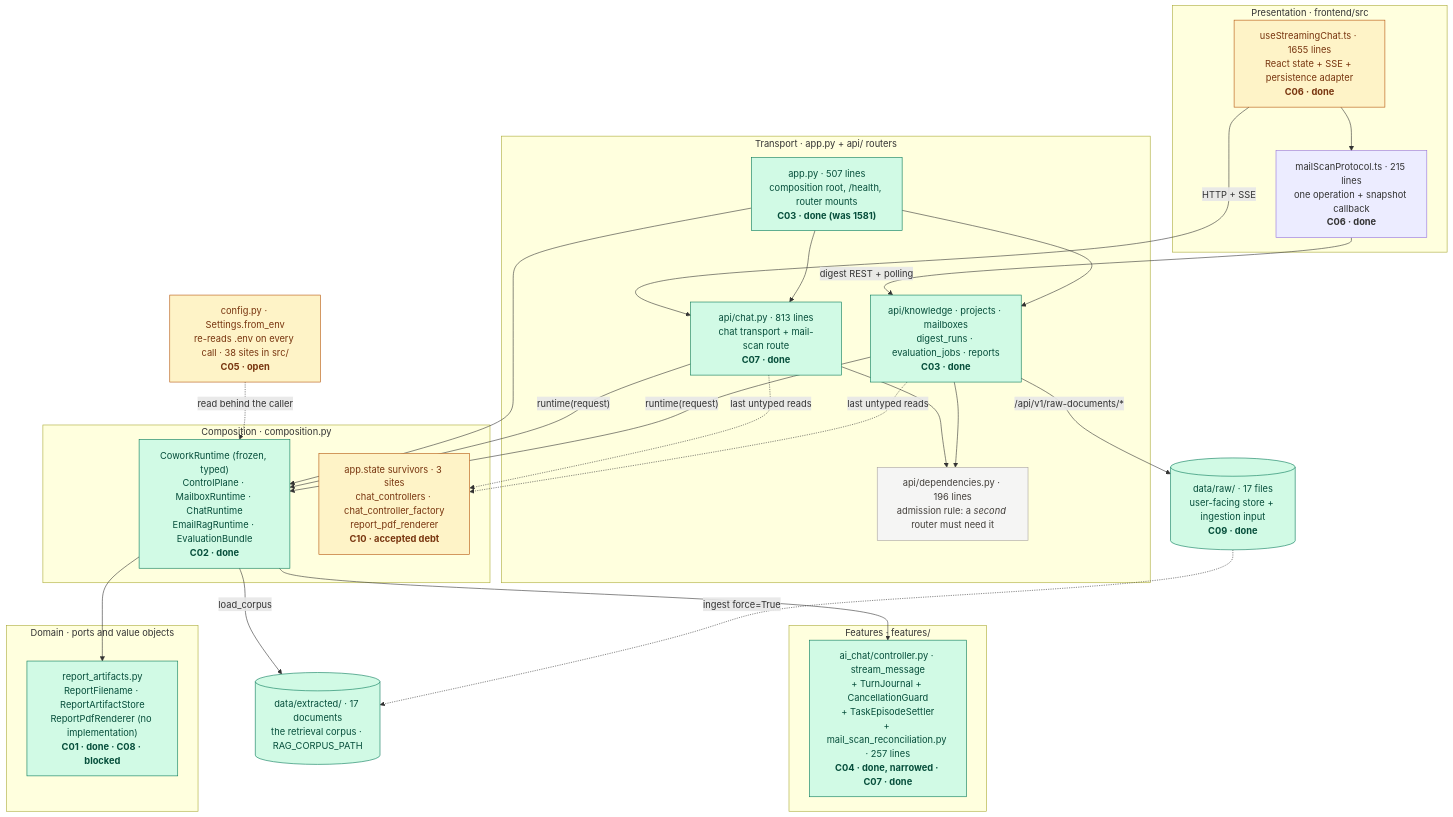
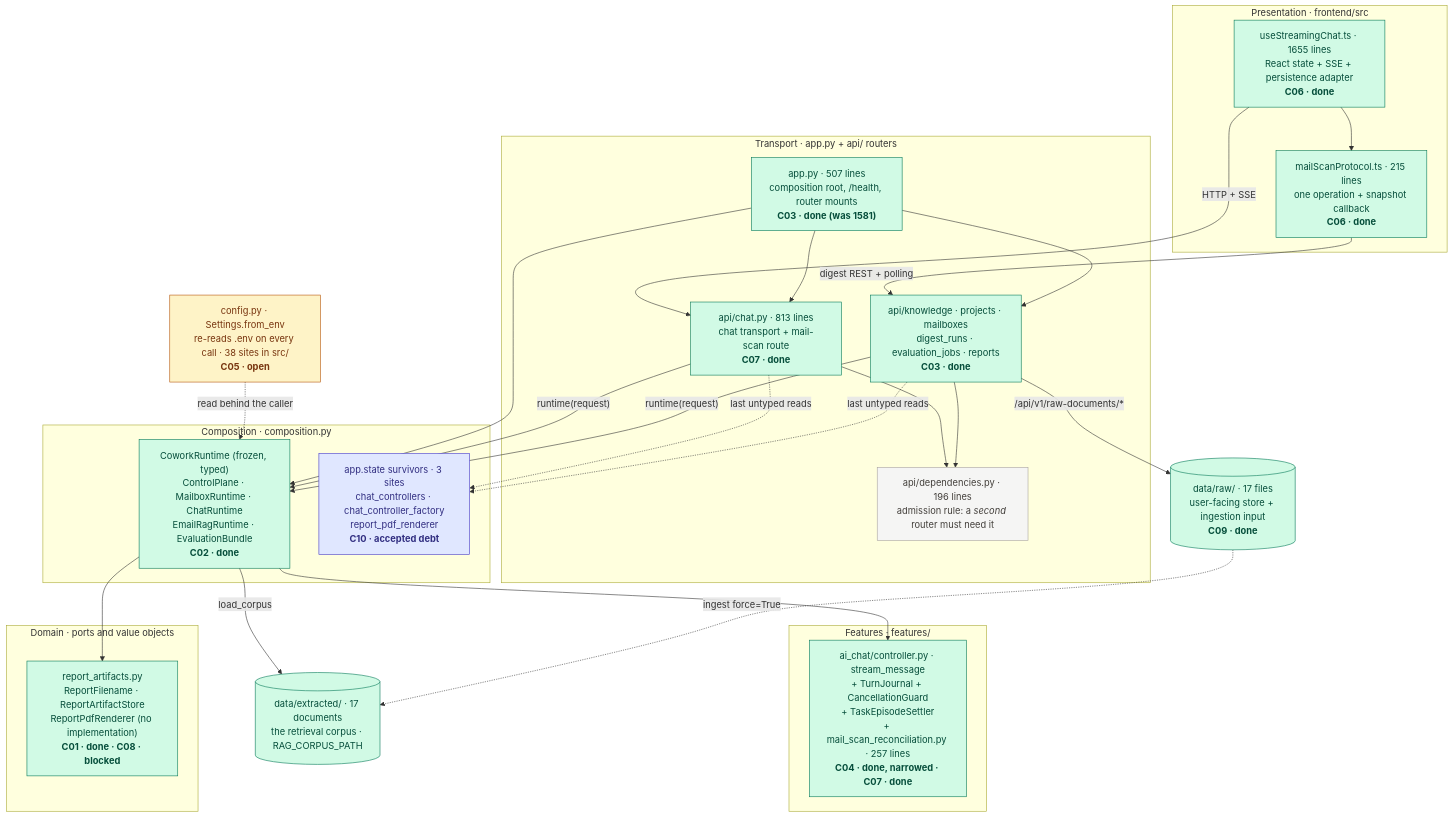
The first of 6 diagrams in tasks/specs/SPEC-architecture-improvement-program.md (MathematicGuy/EMAIL-AGENT-v1), drawn with Mermaid before and after one commit. The commit also changed other lines of this file and 3 other files, not shown here.

Commit message:
docs(arch): close architecture record drift

````diff
--- a/tasks/specs/SPEC-architecture-improvement-program.md
+++ b/tasks/specs/SPEC-architecture-improvement-program.md
@@ -59,58 +59,60 @@
 ```mermaid
 flowchart TB
     subgraph PRESENTATION["Presentation · frontend/src"]
         HOOK["useStreamingChat.ts · 1655 lines<br/>React state + SSE + persistence adapter<br/><b>C06 · done</b>"]
         MAILP["mailScanProtocol.ts · 215 lines<br/>one operation + snapshot callback<br/><b>C06 · done</b>"]
     end
 
     subgraph TRANSPORT["Transport · app.py + api/ routers"]
         APP["app.py · 507 lines<br/>composition root, /health, router mounts<br/><b>C03 · done (was 1581)</b>"]
         CHAT["api/chat.py · 813 lines<br/>chat transport + mail-scan route<br/><b>C07 · done</b>"]
         SIB["api/knowledge · projects · mailboxes<br/>digest_runs · evaluation_jobs · reports<br/><b>C03 · done</b>"]
         DEPS["api/dependencies.py · 196 lines<br/>admission rule: a <i>second</i> router must need it"]
     end
 
     subgraph COMPOSITION["Composition · composition.py"]
         RT["CoworkRuntime (frozen, typed)<br/>ControlPlane · MailboxRuntime · ChatRuntime<br/>EmailRagRuntime · EvaluationBundle<br/><b>C02 · done</b>"]
         SURV["app.state survivors · 3 sites<br/>chat_controllers · chat_controller_factory<br/>report_pdf_renderer<br/><b>C10 · accepted debt</b>"]
     end
 
     subgraph FEATURES["Features · features/"]
         CTRL["ai_chat/controller.py · stream_message<br/>+ TurnJournal + CancellationGuard<br/>+ TaskEpisodeSettler<br/>+ mail_scan_reconciliation.py · 257 lines<br/><b>C04 · done, narrowed · C07 · done</b>"]
     end
 
     subgraph DOMAIN["Domain · ports and value objects"]
         RA["report_artifacts.py<br/>ReportFilename · ReportArtifactStore<br/>ReportPdfRenderer (no implementation)<br/><b>C01 · done · C08 · blocked</b>"]
     end
 
     CFG["config.py · Settings.from_env<br/>re-reads .env on every call · 38 sites in src/<br/><b>C05 · open</b>"]
     CORPUS[("data/extracted/ · 17 documents<br/>the retrieval corpus · RAG_CORPUS_PATH")]
     RAWDIR[("data/raw/ · 17 files<br/>user-facing store + ingestion input<br/><b>C09 · done</b>")]
 
     HOOK -->|"HTTP + SSE"| CHAT
     HOOK --> MAILP
     MAILP -->|"digest REST + polling"| SIB
     APP --> CHAT
     APP --> SIB
     CHAT --> DEPS
     SIB --> DEPS
     APP --> RT
     CHAT -->|"runtime(request)"| RT
     SIB -->|"runtime(request)"| RT
     RT --> CTRL
     RT --> RA
     RT -->|"load_corpus"| CORPUS
     SIB -->|"/api/v1/raw-documents/*"| RAWDIR
     RAWDIR -. "ingest force=True" .-> CORPUS
     CHAT -. "last untyped reads" .-> SURV
     SIB -. "last untyped reads" .-> SURV
     CFG -. "read behind the caller" .-> RT
 
     classDef done fill:#d1fae5,stroke:#047857,color:#064e3b;
     classDef open fill:#fef3c7,stroke:#b45309,color:#78350f;
+    classDef debt fill:#e0e7ff,stroke:#4338ca,color:#312e81;
     classDef outlier fill:#ffe4e6,stroke:#be123c,color:#881337,stroke-width:2px;
     classDef plain fill:#f5f5f4,stroke:#a8a29e,color:#44403c;
-    class APP,CHAT,SIB,RT,CTRL,RA,CORPUS,RAWDIR done;
-    class HOOK,CFG,SURV open;
+    class APP,CHAT,SIB,RT,CTRL,RA,CORPUS,RAWDIR,HOOK,MAILP done;
+    class CFG open;
+    class SURV debt;
     class DEPS plain;
 ```
````
